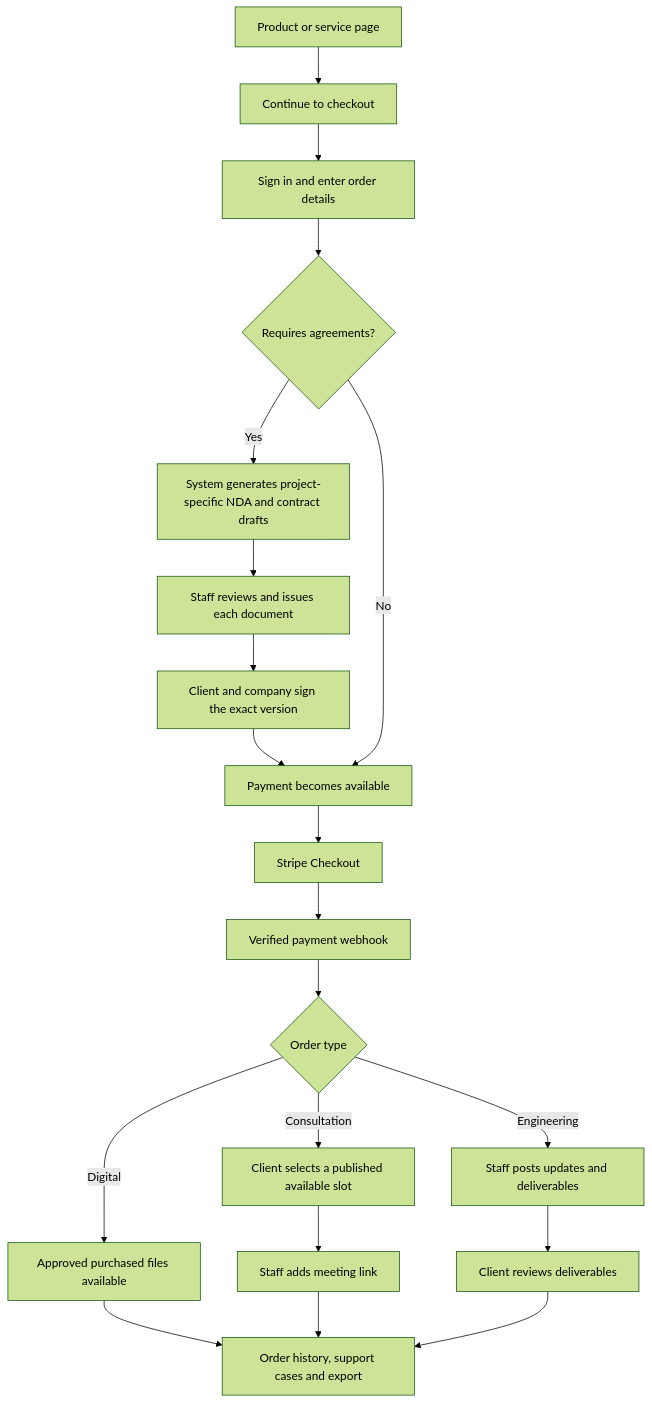
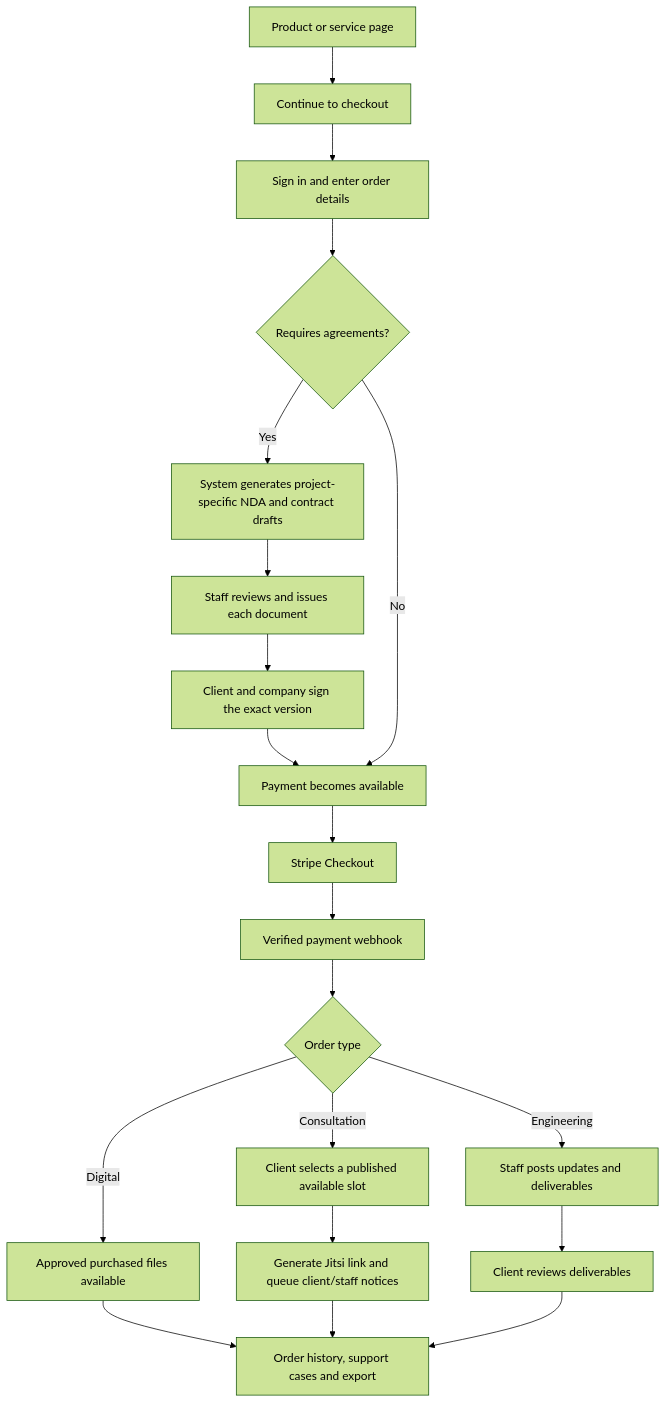
Before and after one commit to Capistor-LLC/capistor-website: the diagram in docs/order-workflow.md, drawn with Mermaid (forest theme). The commit also changed other lines of this file and 7 other files, not shown here.

Commit message:
Document owner handover, architecture and Google login activation

````diff
--- a/docs/order-workflow.md
+++ b/docs/order-workflow.md
@@ -3,22 +3,22 @@
 ```mermaid
 flowchart TD
   A[Product or service page] --> B[Continue to checkout]
   B --> C[Sign in and enter order details]
   C --> D{Requires agreements?}
   D -->|Yes| E[System generates project-specific NDA and contract drafts]
   E --> F[Staff reviews and issues each document]
   F --> G[Client and company sign the exact version]
   G --> H[Payment becomes available]
   D -->|No| H
   H --> I[Stripe Checkout]
   I --> J[Verified payment webhook]
   J --> K{Order type}
   K -->|Digital| L[Approved purchased files available]
   K -->|Consultation| M[Client selects a published available slot]
   K -->|Engineering| N[Staff posts updates and deliverables]
-  M --> O[Staff adds meeting link]
+  M --> O[Generate Jitsi link and queue client/staff notices]
   N --> P[Client reviews deliverables]
   L --> Q[Order history, support cases and export]
   O --> Q
   P --> Q
 ```
````
